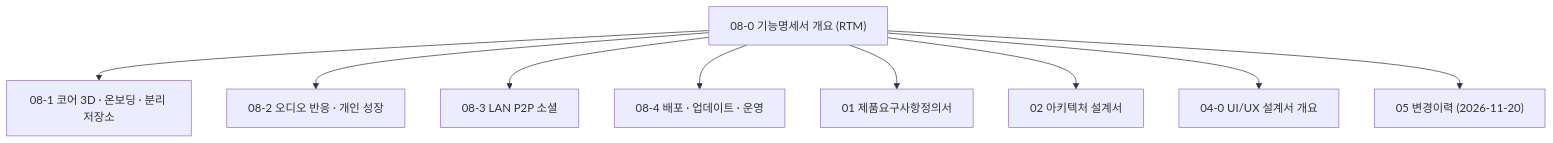
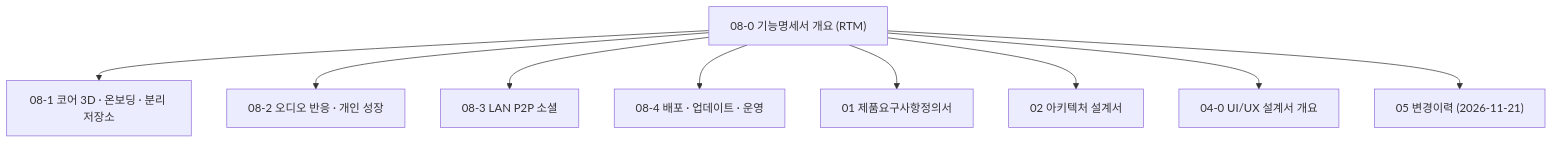
Before and after one commit to DJU-ADAS-LAB/LabPet: the diagram in docs/08_기능명세서/08-0_기능명세서_개요.md, drawn with Mermaid. The commit also changed other lines of this file and 49 other files, not shown here.

````diff
--- a/docs/08_기능명세서/08-0_기능명세서_개요.md
+++ b/docs/08_기능명세서/08-0_기능명세서_개요.md
@@ -33,11 +33,11 @@
 ```mermaid
 flowchart TD
     RTM["08-0 기능명세서 개요 (RTM)"] --> FT1["08-1 코어 3D · 온보딩 · 분리 저장소"]
     RTM --> FT2["08-2 오디오 반응 · 개인 성장"]
     RTM --> FT3["08-3 LAN P2P 소셜"]
     RTM --> FT4["08-4 배포 · 업데이트 · 운영"]
     RTM --> PRD["01 제품요구사항정의서"]
     RTM --> ARCH["02 아키텍처 설계서"]
     RTM --> UI["04-0 UI/UX 설계서 개요"]
-    RTM --> LOG["05 변경이력 (2026-11-20)"]
+    RTM --> LOG["05 변경이력 (2026-11-21)"]
 ```
````
